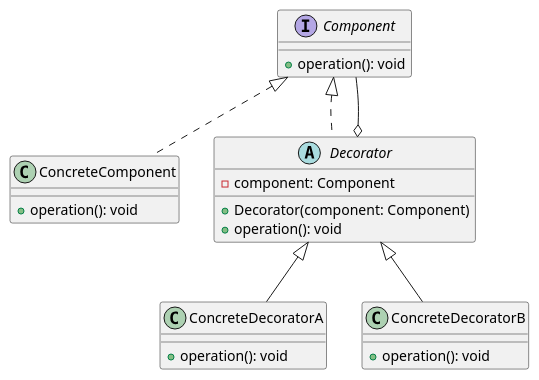
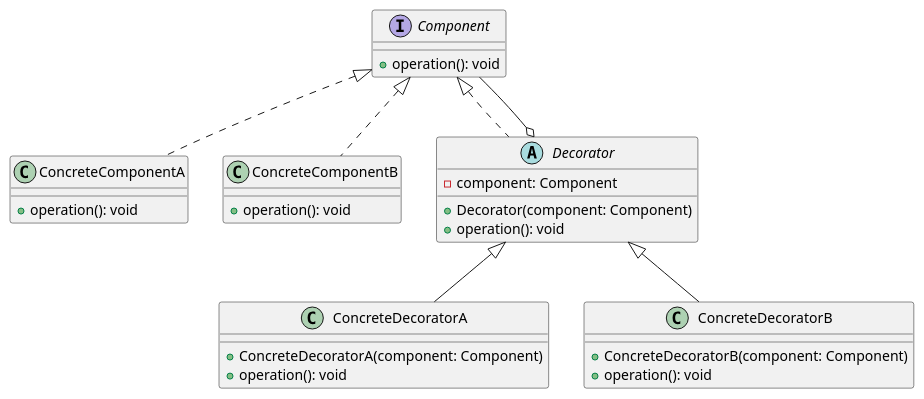
Before and after one commit to dtm03/patterns: the diagram in diagrams/DecoratorPattern.puml, drawn with PlantUML. The commit also changed 10 other files, not shown here.

Commit message:
feat: Improve diagrams

```diff
--- a/diagrams/DecoratorPattern.puml
+++ b/diagrams/DecoratorPattern.puml
@@ -1,30 +1,37 @@
 @startuml
 interface Component {
     +operation(): void
 }
 
-class ConcreteComponent {
+class ConcreteComponentA {
+    +operation(): void
+}
+
+class ConcreteComponentB {
     +operation(): void
 }
 
 abstract class Decorator {
     -component: Component
     +Decorator(component: Component)
     +operation(): void
 }
 
 class ConcreteDecoratorA {
+    +ConcreteDecoratorA(component: Component)
     +operation(): void
 }
 
 class ConcreteDecoratorB {
+    +ConcreteDecoratorB(component: Component)
     +operation(): void
 }
 
-Component <|.. ConcreteComponent
+Component <|.. ConcreteComponentA
+Component <|.. ConcreteComponentB
 Component <|.. Decorator
 Decorator <|-- ConcreteDecoratorA
 Decorator <|-- ConcreteDecoratorB
 Decorator o-- Component
 
 @enduml
```
